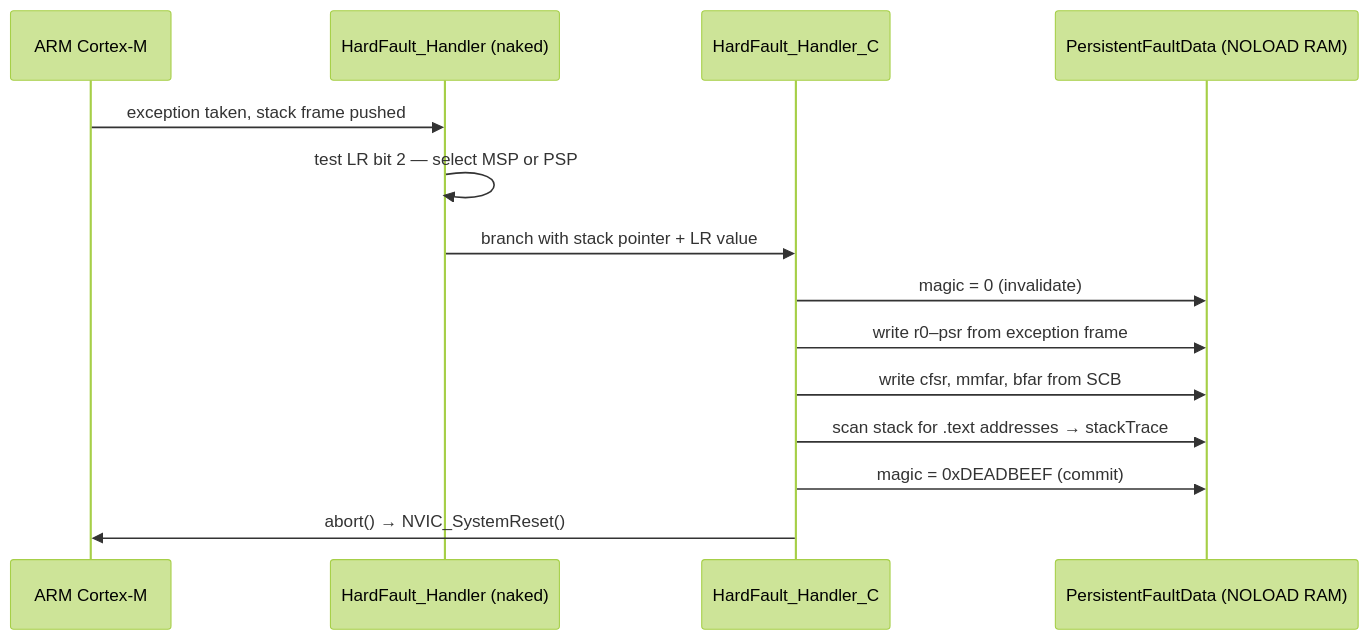
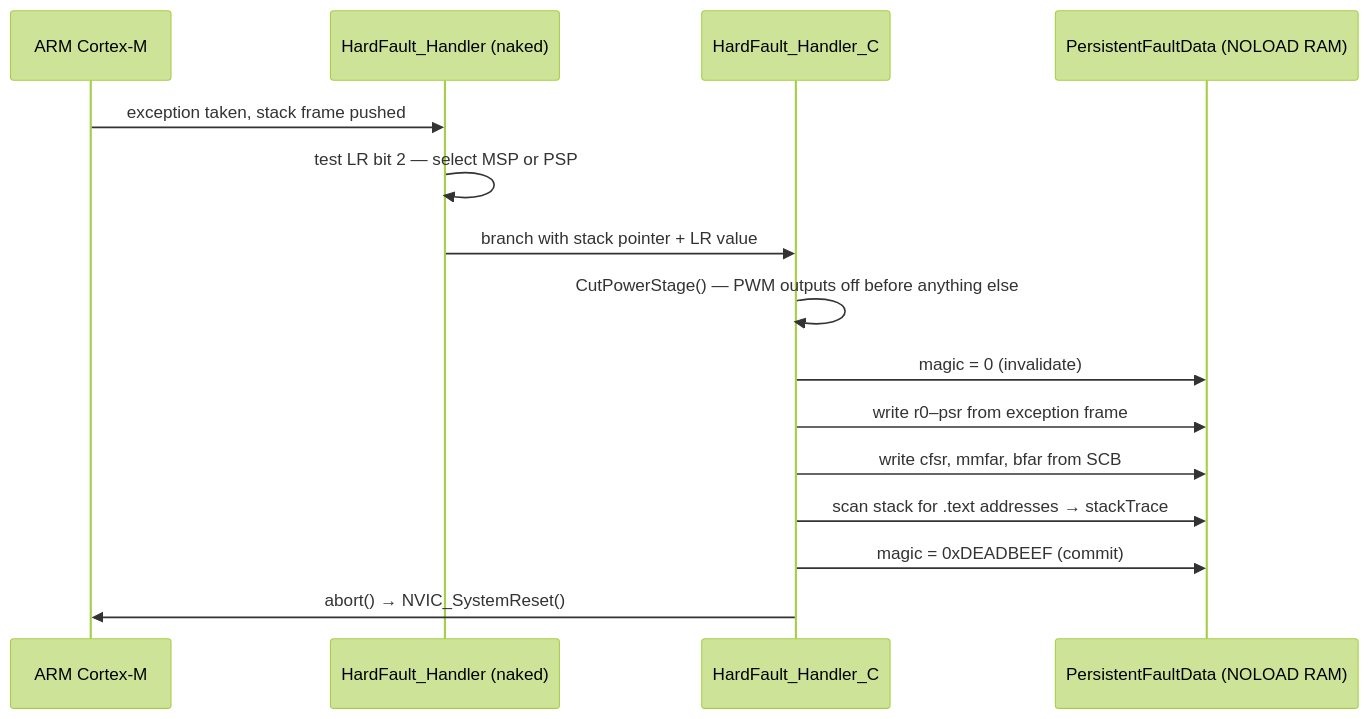
Before and after one commit to embedded-pro/e-foc: the third of 3 diagrams in documentation/design/error-handling.md, drawn with Mermaid (forest theme). The commit also changed other lines of this file and 60 other files, not shown here.

````diff
--- a/documentation/design/error-handling.md
+++ b/documentation/design/error-handling.md
@@ -151,17 +165,18 @@
 ```mermaid
 sequenceDiagram
     participant CPU as ARM Cortex-M
     participant Asm as HardFault_Handler (naked)
     participant C as HardFault_Handler_C
     participant PFD as PersistentFaultData (NOLOAD RAM)
 
     CPU->>Asm: exception taken, stack frame pushed
     Asm->>Asm: test LR bit 2 — select MSP or PSP
     Asm->>C: branch with stack pointer + LR value
+    C->>C: CutPowerStage() — PWM outputs off before anything else
     C->>PFD: magic = 0  (invalidate)
     C->>PFD: write r0–psr from exception frame
     C->>PFD: write cfsr, mmfar, bfar from SCB
     C->>PFD: scan stack for .text addresses → stackTrace
     C->>PFD: magic = 0xDEADBEEF  (commit)
     C->>CPU: abort() → NVIC_SystemReset()
 ```
````
